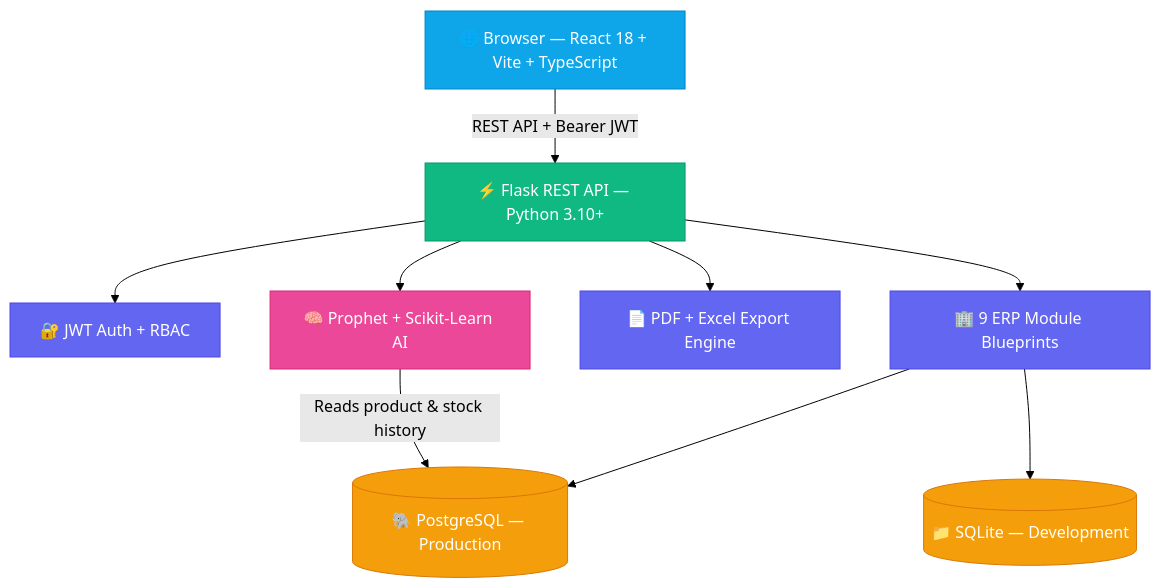
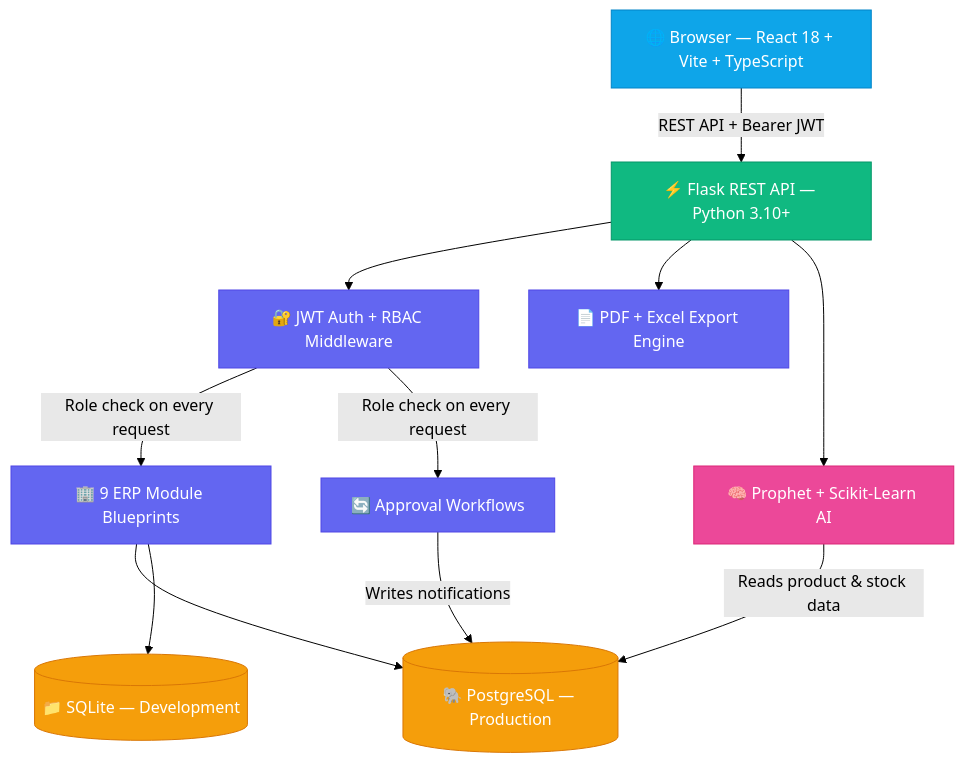
Before and after one commit to adrajameet7805/AI-Powered-ERP-System: the diagram in README.md, drawn with Mermaid (forest theme). The commit also changed other lines of this file, not shown here.

Commit message:
docs: update README with RBAC, role workflows, notification system

````diff
--- a/README.md
+++ b/README.md
@@ -86,28 +167,31 @@
 ```mermaid
 graph TD
     classDef client fill:#0ea5e9,stroke:#0284c7,color:#fff
     classDef api fill:#10b981,stroke:#059669,color:#fff
     classDef service fill:#6366f1,stroke:#4f46e5,color:#fff
     classDef db fill:#f59e0b,stroke:#d97706,color:#fff
     classDef ai fill:#ec4899,stroke:#db2777,color:#fff
 
     Browser["🌐 Browser — React 18 + Vite + TypeScript"]:::client
     Flask["⚡ Flask REST API — Python 3.10+"]:::api
 
-    Auth["🔐 JWT Auth + RBAC"]:::service
+    Auth["🔐 JWT Auth + RBAC Middleware"]:::service
     CRUD["🏢 9 ERP Module Blueprints"]:::service
+    Workflow["🔄 Approval Workflows"]:::service
     Export["📄 PDF + Excel Export Engine"]:::service
     AI["🧠 Prophet + Scikit-Learn AI"]:::ai
 
     PG[("🐘 PostgreSQL — Production")]:::db
     SQ[("📁 SQLite — Development")]:::db
 
     Browser -->|"REST API + Bearer JWT"| Flask
     Flask --> Auth
-    Flask --> CRUD
+    Auth -->|"Role check on every request"| CRUD
+    Auth -->|"Role check on every request"| Workflow
     Flask --> Export
     Flask --> AI
     CRUD --> PG
     CRUD --> SQ
-    AI -->|"Reads product & stock history"| PG
+    Workflow -->|"Writes notifications"| PG
+    AI -->|"Reads product & stock data"| PG
 ```
````
